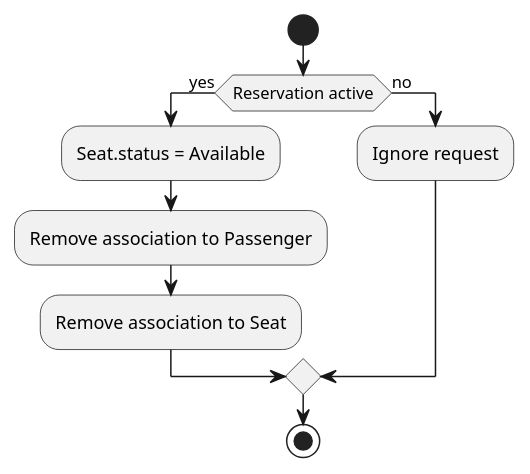
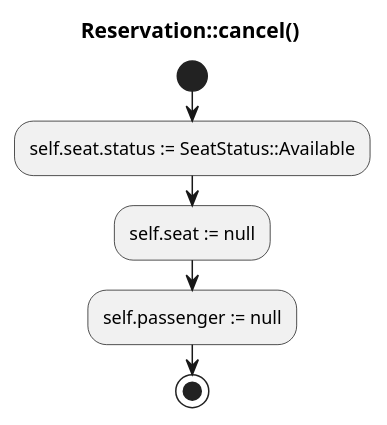
Before and after one commit to scx-othr/MoProCo-evaluation: the diagram in airline/classical-uml/cancel.puml, drawn with PlantUML. The commit also changed 31 other files, not shown here.

Commit message:
Prepare initial evaluation data for all three case studies (shop, airline, library; classical uml, black box prompt, moproco)

```diff
--- a/airline/classical-uml/cancel.puml
+++ b/airline/classical-uml/cancel.puml
@@ -1,12 +1,9 @@
 @startuml
+title Reservation::cancel()
+
 start
-if (Reservation active) then (yes)
-  :Seat.status = Available;
-  :Remove association to Passenger;
-  :Remove association to Seat;
-else (no)
-  :Ignore request;
-endif
-
+  :self.seat.status := SeatStatus::Available;
+  :self.seat := null;
+  :self.passenger := null;
 stop
 @enduml
```
